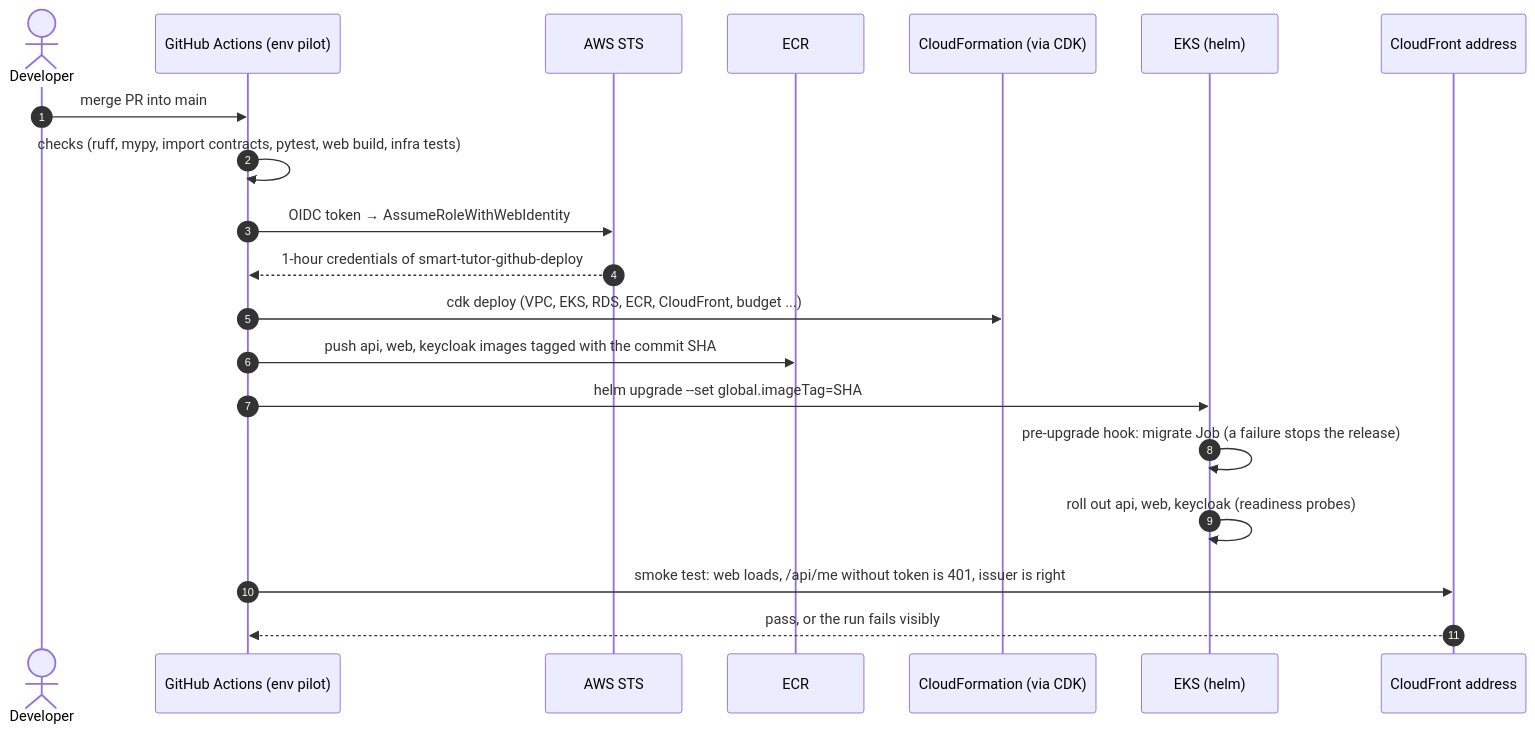
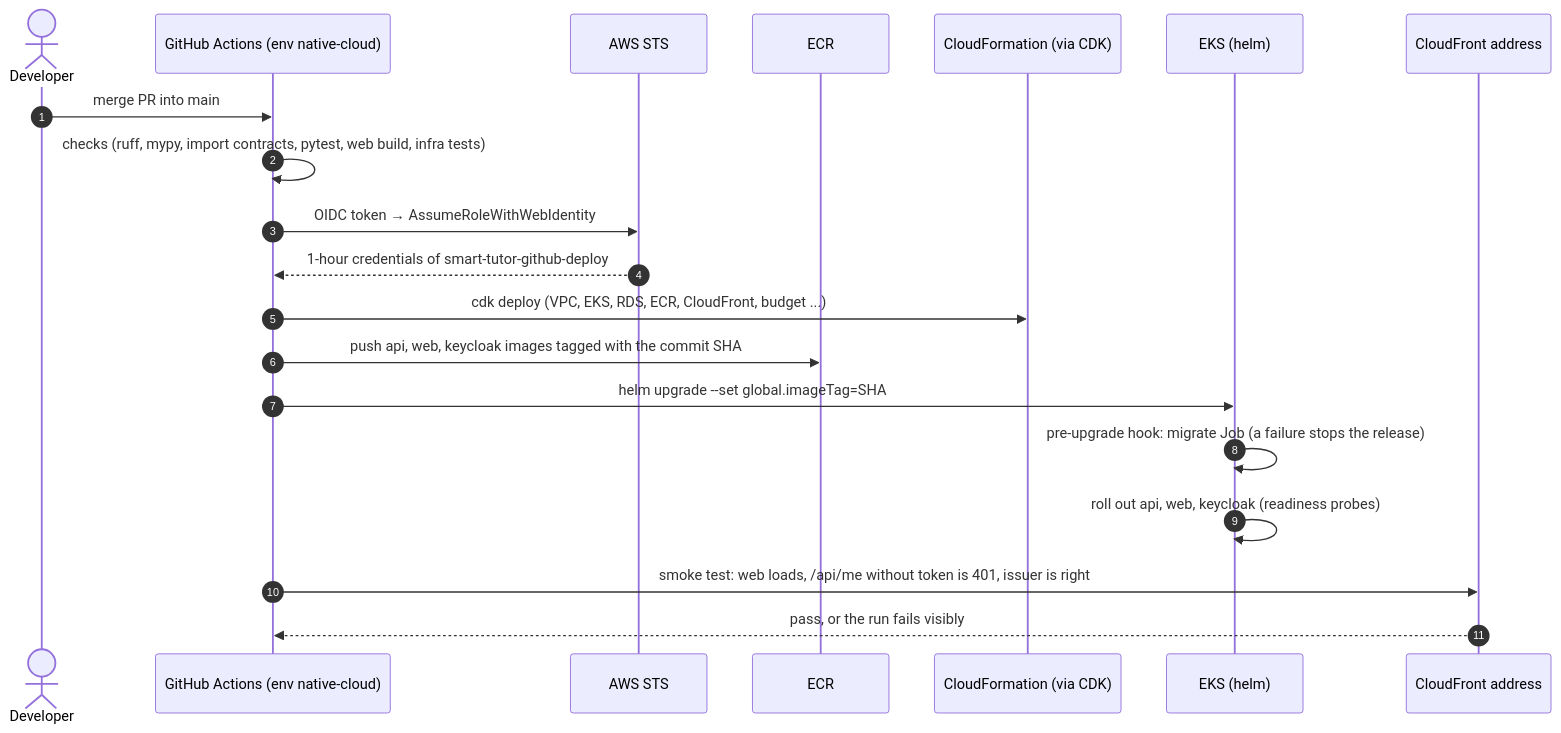
One commit to konica/agent-tutor changed the fifth of 5 diagrams in docs/runbooks/pilot-environment-overview.md. Above: the diagram before and after it, drawn with Mermaid. The commit also changed other lines of this file and 11 other files, not shown here.

First line of the commit message:
Lead the deploy docs with on-premise; native-cloud is optional (#150)

````diff
--- a/docs/runbooks/pilot-environment-overview.md
+++ b/docs/runbooks/pilot-environment-overview.md
@@ -148,23 +148,23 @@
 ```mermaid
 sequenceDiagram
   autonumber
   actor D as Developer
-  participant GH as GitHub Actions (env pilot)
+  participant GH as GitHub Actions (env native-cloud)
   participant STS as AWS STS
   participant ECR as ECR
   participant CFN as CloudFormation (via CDK)
   participant EKS as EKS (helm)
   participant CF as CloudFront address
 
   D->>GH: merge PR into main
   GH->>GH: checks (ruff, mypy, import contracts, pytest, web build, infra tests)
   GH->>STS: OIDC token → AssumeRoleWithWebIdentity
   STS-->>GH: 1-hour credentials of smart-tutor-github-deploy
   GH->>CFN: cdk deploy (VPC, EKS, RDS, ECR, CloudFront, budget ...)
   GH->>ECR: push api, web, keycloak images tagged with the commit SHA
   GH->>EKS: helm upgrade --set global.imageTag=SHA
   EKS->>EKS: pre-upgrade hook: migrate Job (a failure stops the release)
   EKS->>EKS: roll out api, web, keycloak (readiness probes)
   GH->>CF: smoke test: web loads, /api/me without token is 401, issuer is right
   CF-->>GH: pass, or the run fails visibly
 ```
````
